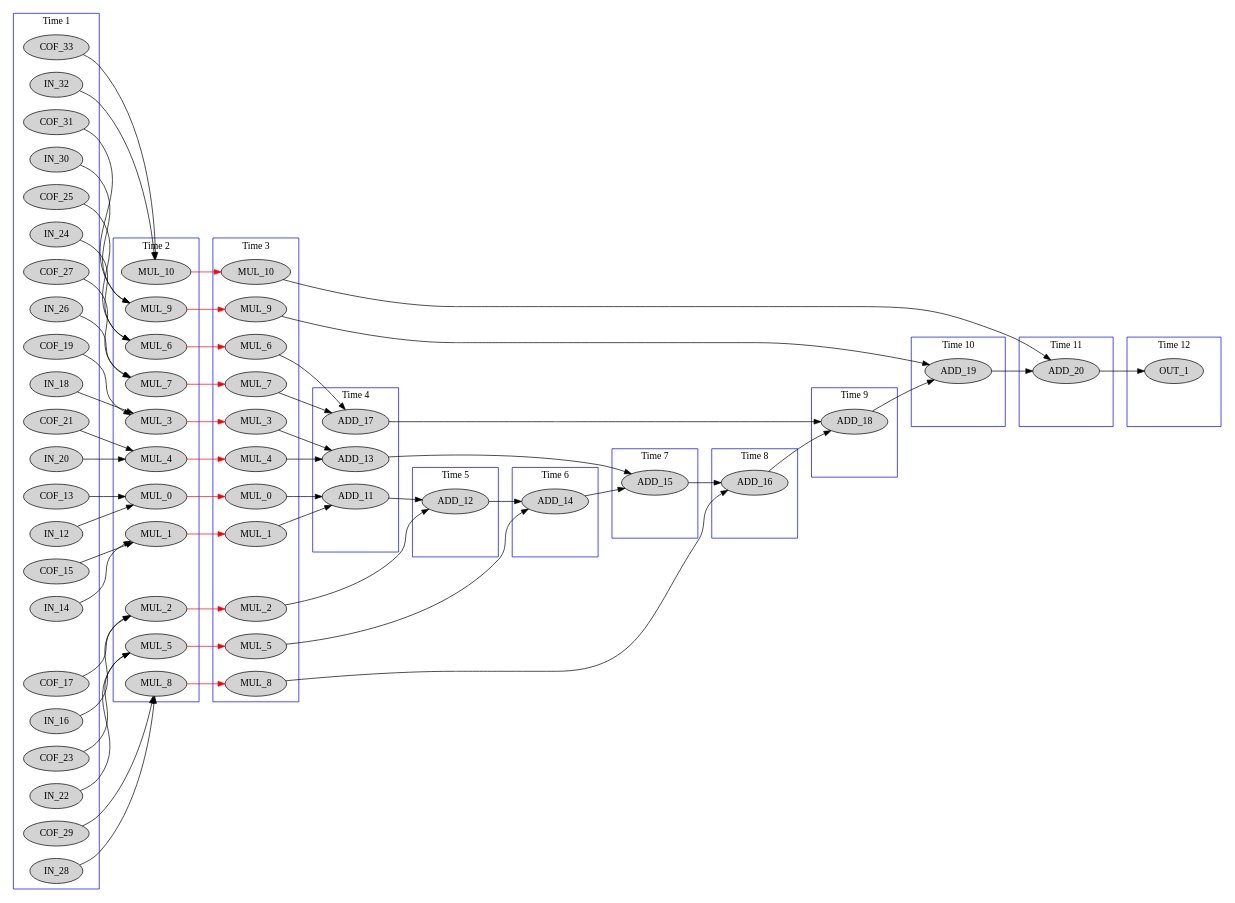
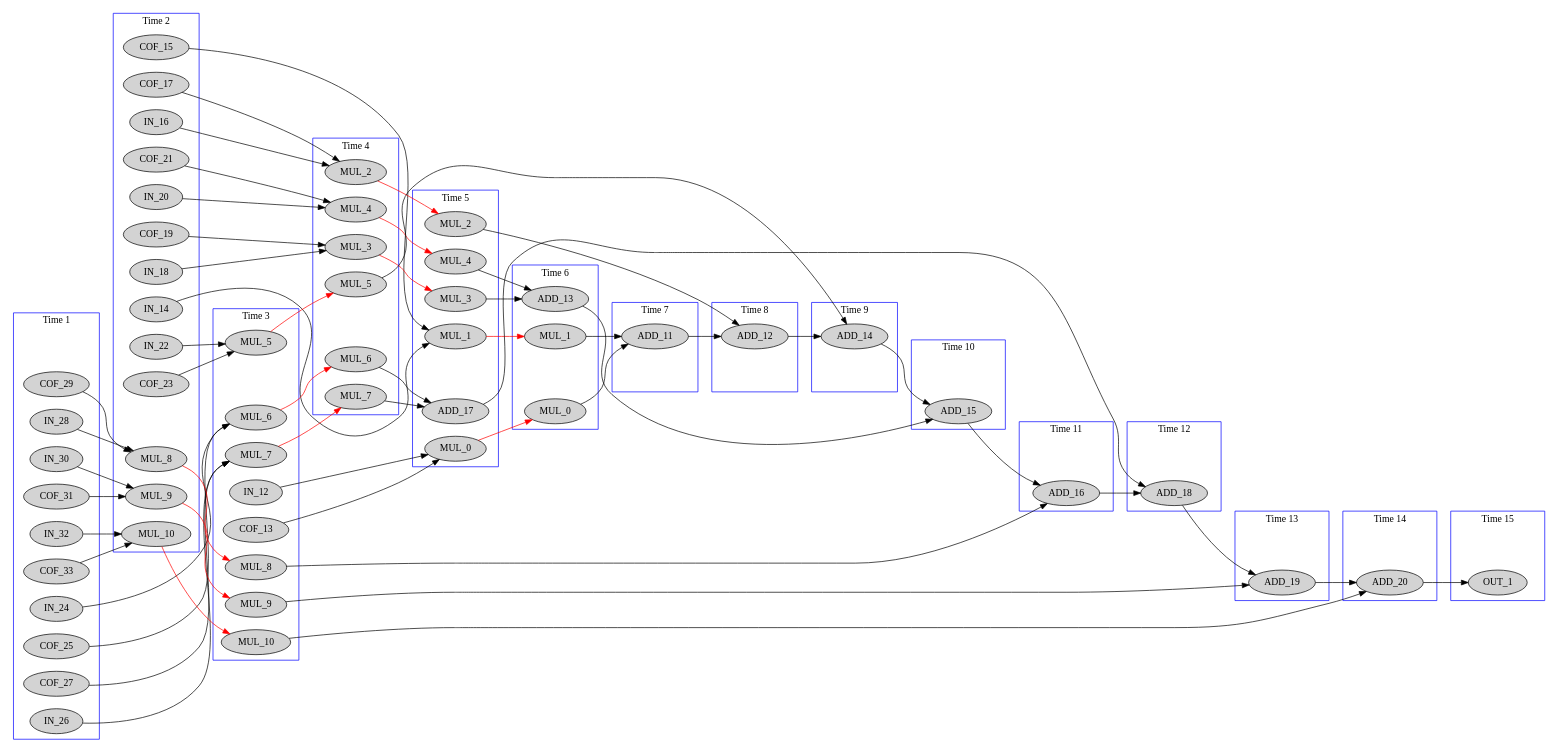
Before and after one commit to thegabriele97/TCL-Learning: the diagram in contest/WORK_ShyHLS/data/out/contest_fir.dot, drawn with Graphviz. The commit also changed 10 other files, not shown here.

```diff
--- a/contest/WORK_ShyHLS/data/out/contest_fir.dot
+++ b/contest/WORK_ShyHLS/data/out/contest_fir.dot
@@ -7,18 +7,6 @@
     label = "Time 1";
     color = blue;
     pseudo_1 [style=invis];
-    IN_12
-    COF_13
-    IN_14
-    COF_15
-    IN_16
-    COF_17
-    IN_18
-    COF_19
-    IN_20
-    COF_21
-    IN_22
-    COF_23
     IN_24
     COF_25
     IN_26
@@ -36,17 +24,19 @@
     label = "Time 2";
     color = blue;
     pseudo_2 [style=invis];
-    MUL_0_0 [label=MUL_0]
-    MUL_1_0 [label=MUL_1]
-    MUL_2_0 [label=MUL_2]
-    MUL_3_0 [label=MUL_3]
-    MUL_4_0 [label=MUL_4]
-    MUL_5_0 [label=MUL_5]
-    MUL_6_0 [label=MUL_6]
-    MUL_7_0 [label=MUL_7]
     MUL_8_0 [label=MUL_8]
     MUL_9_0 [label=MUL_9]
     MUL_10_0 [label=MUL_10]
+    IN_14
+    COF_15
+    IN_16
+    COF_17
+    IN_18
+    COF_19
+    IN_20
+    COF_21
+    IN_22
+    COF_23
   }
   subgraph cluster_3 {
     rank=same;
@@ -54,17 +44,14 @@
     label = "Time 3";
     color = blue;
     pseudo_3 [style=invis];
-    MUL_0_1 [label=MUL_0]
-    MUL_1_1 [label=MUL_1]
-    MUL_2_1 [label=MUL_2]
-    MUL_3_1 [label=MUL_3]
-    MUL_4_1 [label=MUL_4]
-    MUL_5_1 [label=MUL_5]
-    MUL_6_1 [label=MUL_6]
-    MUL_7_1 [label=MUL_7]
+    MUL_5_0 [label=MUL_5]
+    MUL_6_0 [label=MUL_6]
+    MUL_7_0 [label=MUL_7]
     MUL_8_1 [label=MUL_8]
     MUL_9_1 [label=MUL_9]
     MUL_10_1 [label=MUL_10]
+    IN_12
+    COF_13
   }
   subgraph cluster_4 {
     rank=same;
@@ -72,9 +59,12 @@
     label = "Time 4";
     color = blue;
     pseudo_4 [style=invis];
-    ADD_11
-    ADD_13
-    ADD_17
+    MUL_2_0 [label=MUL_2]
+    MUL_3_0 [label=MUL_3]
+    MUL_4_0 [label=MUL_4]
+    MUL_5_1 [label=MUL_5]
+    MUL_6_1 [label=MUL_6]
+    MUL_7_1 [label=MUL_7]
   }
   subgraph cluster_5 {
     rank=same;
@@ -82,7 +72,12 @@
     label = "Time 5";
     color = blue;
     pseudo_5 [style=invis];
-    ADD_12
+    MUL_0_0 [label=MUL_0]
+    MUL_1_0 [label=MUL_1]
+    MUL_2_1 [label=MUL_2]
+    MUL_3_1 [label=MUL_3]
+    MUL_4_1 [label=MUL_4]
+    ADD_17
   }
   subgraph cluster_6 {
     rank=same;
@@ -90,7 +85,9 @@
     label = "Time 6";
     color = blue;
     pseudo_6 [style=invis];
-    ADD_14
+    MUL_0_1 [label=MUL_0]
+    MUL_1_1 [label=MUL_1]
+    ADD_13
   }
   subgraph cluster_7 {
     rank=same;
@@ -98,7 +95,7 @@
     label = "Time 7";
     color = blue;
     pseudo_7 [style=invis];
-    ADD_15
+    ADD_11
   }
   subgraph cluster_8 {
     rank=same;
@@ -106,7 +103,7 @@
     label = "Time 8";
     color = blue;
     pseudo_8 [style=invis];
-    ADD_16
+    ADD_12
   }
   subgraph cluster_9 {
     rank=same;
@@ -114,7 +111,7 @@
     label = "Time 9";
     color = blue;
     pseudo_9 [style=invis];
-    ADD_18
+    ADD_14
   }
   subgraph cluster_10 {
     rank=same;
@@ -122,7 +119,7 @@
     label = "Time 10";
     color = blue;
     pseudo_10 [style=invis];
-    ADD_19
+    ADD_15
   }
   subgraph cluster_11 {
     rank=same;
@@ -130,7 +127,7 @@
     label = "Time 11";
     color = blue;
     pseudo_11 [style=invis];
-    ADD_20
+    ADD_16
   }
   subgraph cluster_12 {
     rank=same;
@@ -138,6 +135,30 @@
     label = "Time 12";
     color = blue;
     pseudo_12 [style=invis];
+    ADD_18
+  }
+  subgraph cluster_13 {
+    rank=same;
+    node [style=filled];
+    label = "Time 13";
+    color = blue;
+    pseudo_13 [style=invis];
+    ADD_19
+  }
+  subgraph cluster_14 {
+    rank=same;
+    node [style=filled];
+    label = "Time 14";
+    color = blue;
+    pseudo_14 [style=invis];
+    ADD_20
+  }
+  subgraph cluster_15 {
+    rank=same;
+    node [style=filled];
+    label = "Time 15";
+    color = blue;
+    pseudo_15 [style=invis];
     OUT_1
   }
     pseudo_1->pseudo_2 [style=invis];
@@ -151,6 +172,9 @@
     pseudo_9->pseudo_10 [style=invis];
     pseudo_10->pseudo_11 [style=invis];
     pseudo_11->pseudo_12 [style=invis];
+    pseudo_12->pseudo_13 [style=invis];
+    pseudo_13->pseudo_14 [style=invis];
+    pseudo_14->pseudo_15 [style=invis];
     MUL_0_0 -> MUL_0_1 [color=red];
     MUL_1_0 -> MUL_1_1 [color=red];
     MUL_2_0 -> MUL_2_1 [color=red];
```
